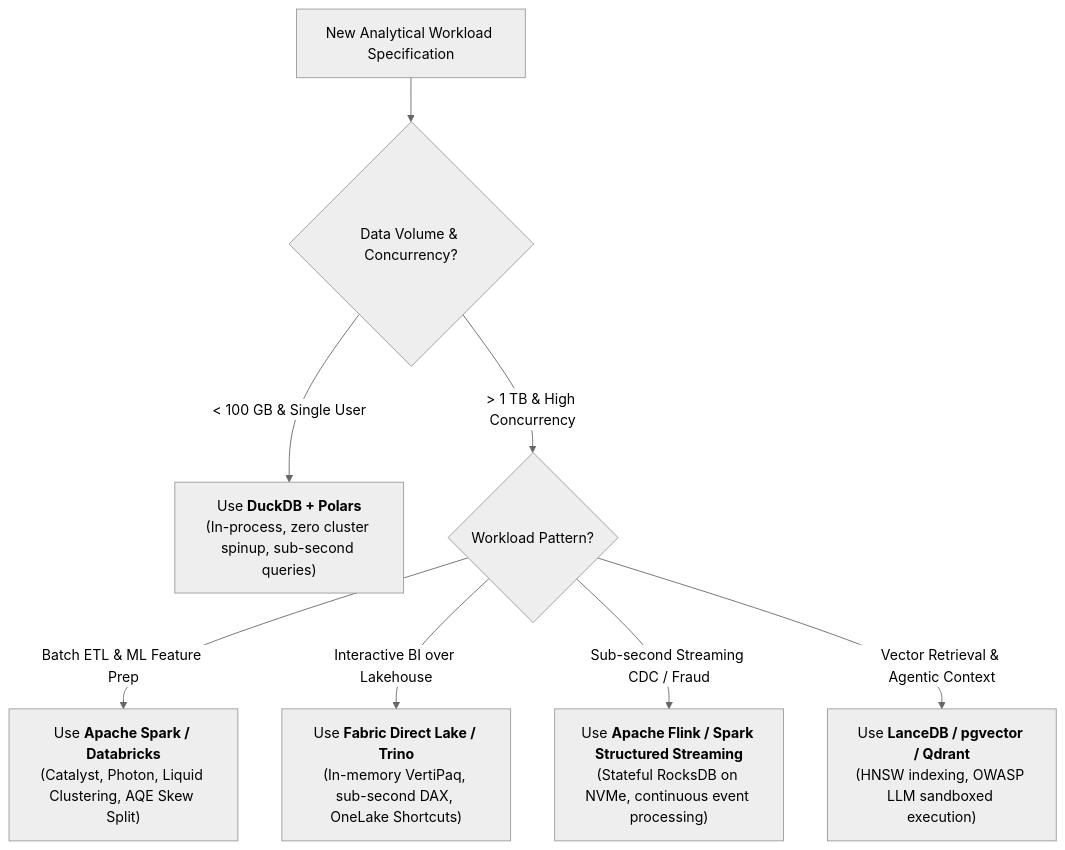
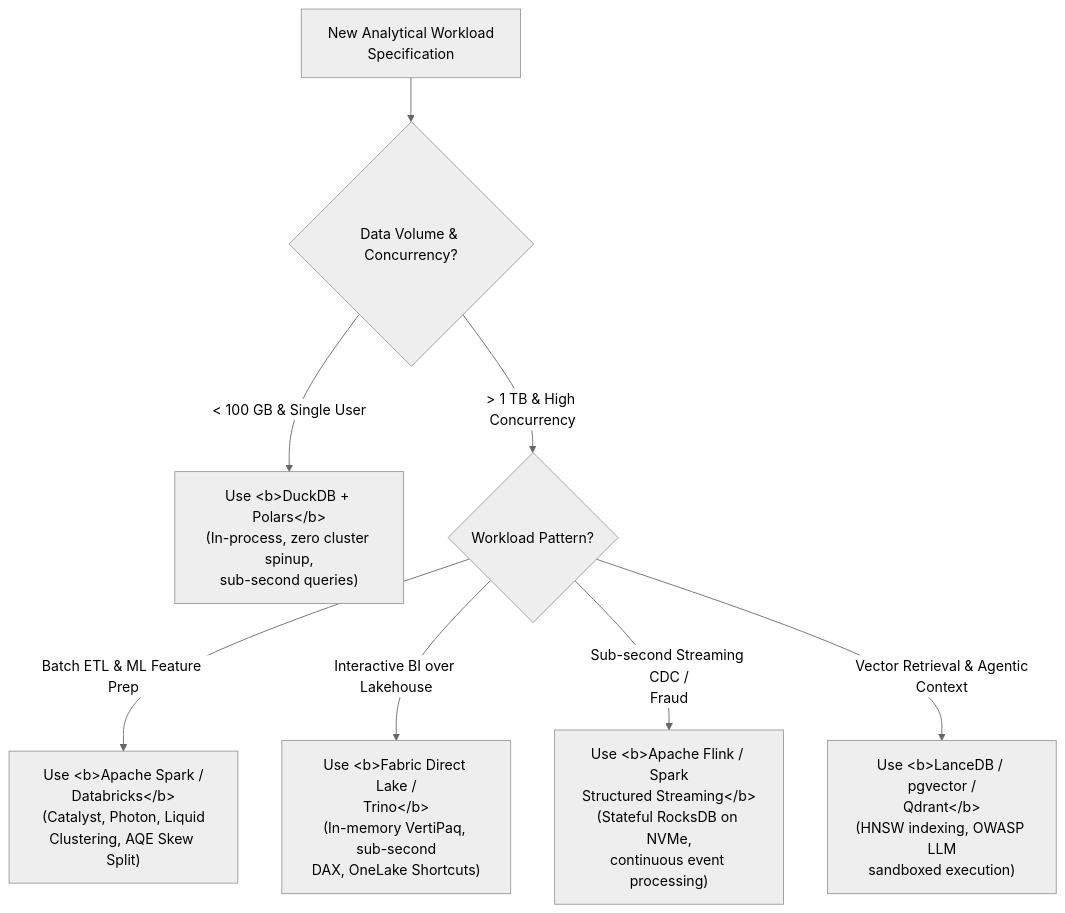
One commit to santoshjammi29/moderndataengineer changed the diagram in docs/architecture/README.md. Above: the diagram before and after it, drawn with Mermaid (neutral theme). The commit also changed 29 other files, not shown here.

Commit message:
fix(diagrams): word-wrap labels and escape comparison operators across all diagrams

````diff
--- a/docs/architecture/README.md
+++ b/docs/architecture/README.md
@@ -52,13 +52,13 @@
 ```mermaid
 flowchart TD
-    Start["New Analytical Workload Specification"]
+    Start["New Analytical Workload<br/>Specification"]
 
     Start --> Vol{"Data Volume & Concurrency?"}
-    Vol -- "< 100 GB & Single User" --> InProc["Use <b>DuckDB + Polars</b><br/>(In-process, zero cluster spinup, sub-second queries)"]
-    Vol -- "> 1 TB & High Concurrency" --> Distributed{"Workload Pattern?"}
+    Vol -- "&lt; 100 GB & Single User" --> InProc["Use &lt;b>DuckDB + Polars&lt;/b><br/>(In-process, zero cluster spinup,<br/>sub-second queries)"]
+    Vol -- "&gt; 1 TB & High Concurrency" --> Distributed{"Workload Pattern?"}
 
-    Distributed -- "Batch ETL & ML Feature Prep" --> SparkEngine["Use <b>Apache Spark / Databricks</b><br/>(Catalyst, Photon, Liquid Clustering, AQE Skew Split)"]
-    Distributed -- "Interactive BI over Lakehouse" --> DirectLake["Use <b>Fabric Direct Lake / Trino</b><br/>(In-memory VertiPaq, sub-second DAX, OneLake Shortcuts)"]
-    Distributed -- "Sub-second Streaming CDC / Fraud" --> FlinkEngine["Use <b>Apache Flink / Spark Structured Streaming</b><br/>(Stateful RocksDB on NVMe, continuous event processing)"]
-    Distributed -- "Vector Retrieval & Agentic Context" --> VectorStore["Use <b>LanceDB / pgvector / Qdrant</b><br/>(HNSW indexing, OWASP LLM sandboxed execution)"]
+    Distributed -- "Batch ETL & ML Feature Prep" --> SparkEngine["Use &lt;b>Apache Spark /<br/>Databricks&lt;/b><br/>(Catalyst, Photon, Liquid<br/>Clustering, AQE Skew Split)"]
+    Distributed -- "Interactive BI over Lakehouse" --> DirectLake["Use &lt;b>Fabric Direct Lake /<br/>Trino&lt;/b><br/>(In-memory VertiPaq, sub-second<br/>DAX, OneLake Shortcuts)"]
+    Distributed -- "Sub-second Streaming CDC /<br/>Fraud" --> FlinkEngine["Use &lt;b>Apache Flink / Spark<br/>Structured Streaming&lt;/b><br/>(Stateful RocksDB on NVMe,<br/>continuous event processing)"]
+    Distributed -- "Vector Retrieval & Agentic<br/>Context" --> VectorStore["Use &lt;b>LanceDB / pgvector /<br/>Qdrant&lt;/b><br/>(HNSW indexing, OWASP LLM<br/>sandboxed execution)"]
 ```
````
